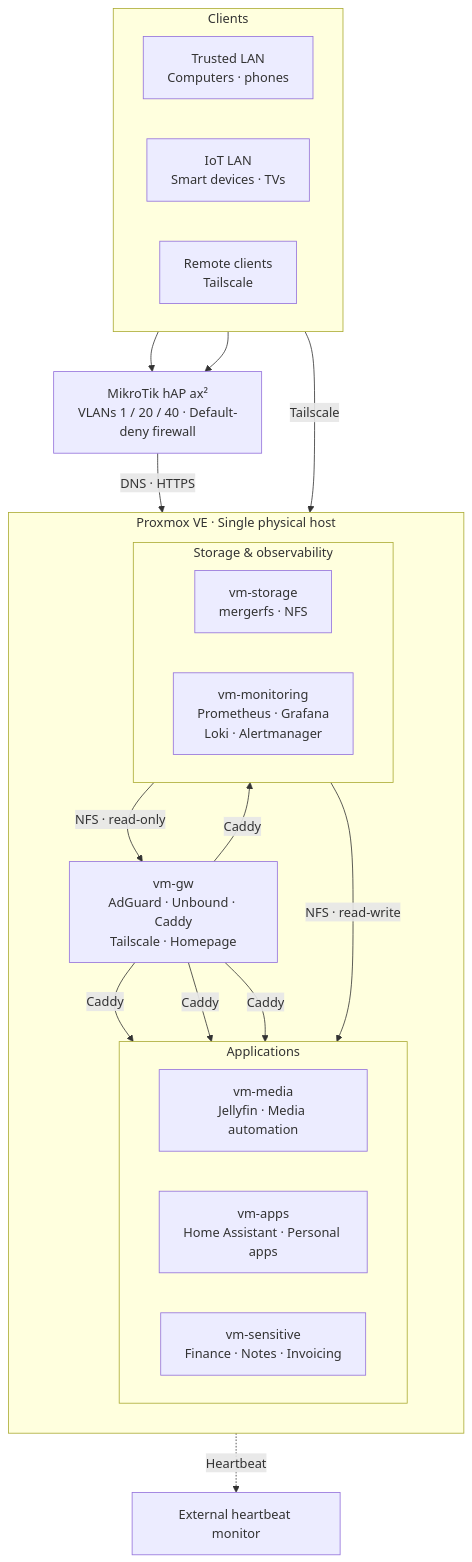
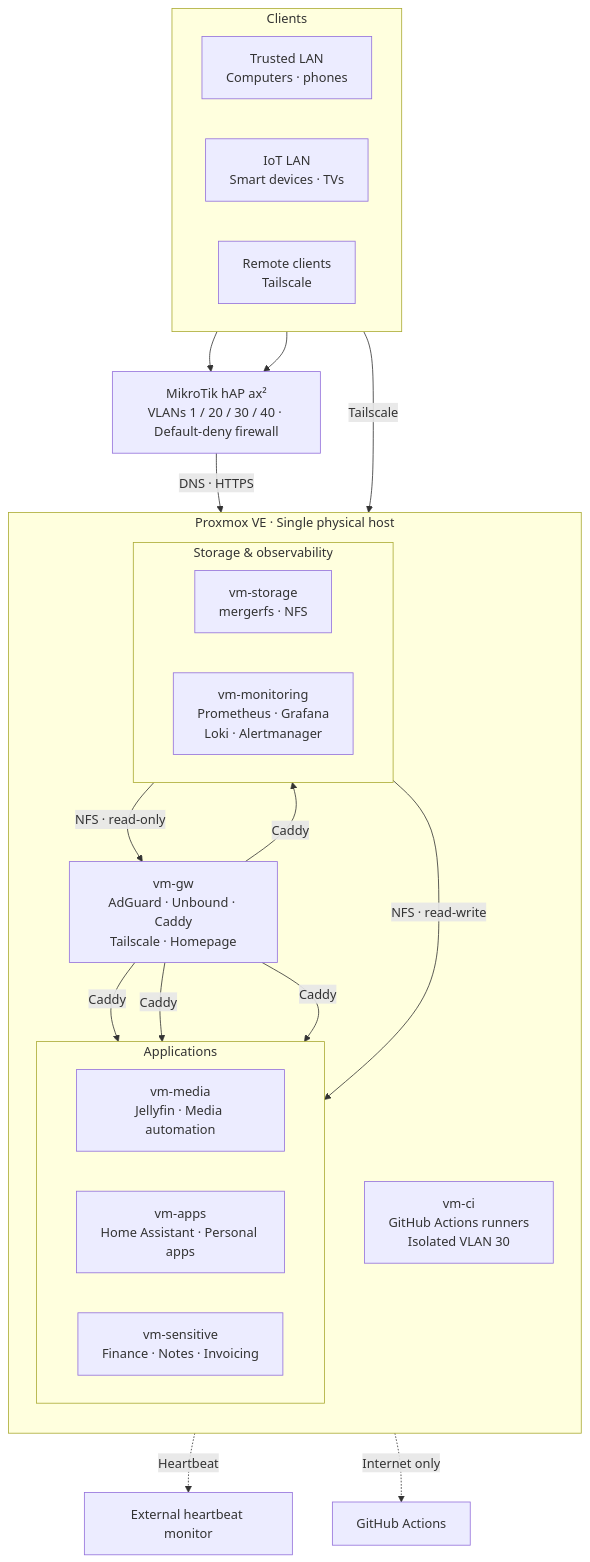
Before and after one commit to shakirware/homelab-nix: the diagram in docs/assets/architecture.mmd, drawn with Mermaid. The commit also changed 3 other files, not shown here.

```diff
--- a/docs/assets/architecture.mmd
+++ b/docs/assets/architecture.mmd
@@ -1,47 +1,51 @@
 %% Source of architecture.svg. Mermaid Live exports omit the viewBox;
 %% add one (and a width/height) or GitHub shows the diagram cropped.
 flowchart TB
     subgraph clients["Clients"]
         direction LR
         trusted["Trusted LAN<br/>Computers · phones"]
         iot["IoT LAN<br/>Smart devices · TVs"]
         remote["Remote clients<br/>Tailscale"]
     end
 
-    router["MikroTik hAP ax²<br/>VLANs 1 / 20 / 40 · Default-deny firewall"]
+    router["MikroTik hAP ax²<br/>VLANs 1 / 20 / 30 / 40 · Default-deny firewall"]
 
     subgraph pve["Proxmox VE · Single physical host"]
         direction TB
 
         gw["vm-gw<br/>AdGuard · Unbound · Caddy<br/>Tailscale · Homepage"]
 
         subgraph applications["Applications"]
             direction LR
             media["vm-media<br/>Jellyfin · Media automation"]
             apps["vm-apps<br/>Home Assistant · Personal apps"]
             sensitive["vm-sensitive<br/>Finance · Notes · Invoicing"]
         end
 
         subgraph infrastructure["Storage & observability"]
             direction LR
             storage["vm-storage<br/>mergerfs · NFS"]
             monitoring["vm-monitoring<br/>Prometheus · Grafana<br/>Loki · Alertmanager"]
         end
+
+        ci["vm-ci<br/>GitHub Actions runners<br/>Isolated VLAN 30"]
     end
 
     external["External heartbeat monitor"]
+    github["GitHub Actions"]
 
     trusted --> router
     iot --> router
     router -->|"DNS · HTTPS"| gw
     remote -->|"Tailscale"| gw
 
     gw -->|"Caddy"| media
     gw -->|"Caddy"| apps
     gw -->|"Caddy"| sensitive
     gw -->|"Caddy"| monitoring
 
     storage -->|"NFS · read-write"| media
     storage -->|"NFS · read-only"| gw
 
     monitoring -.->|"Heartbeat"| external
+    ci -.->|"Internet only"| github
```
